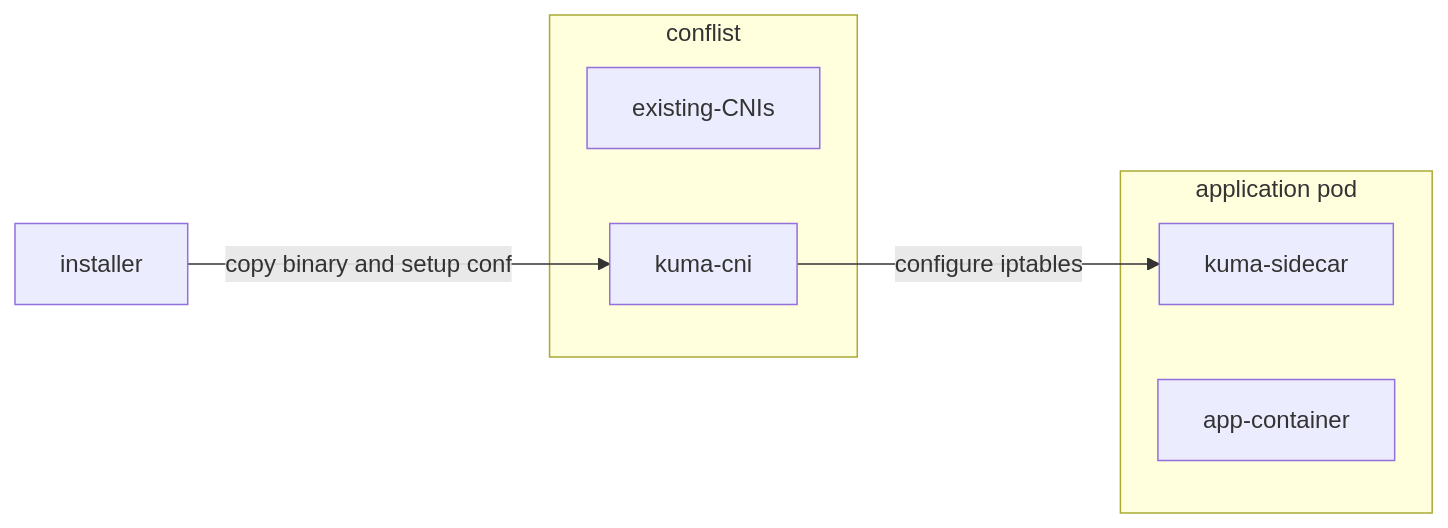
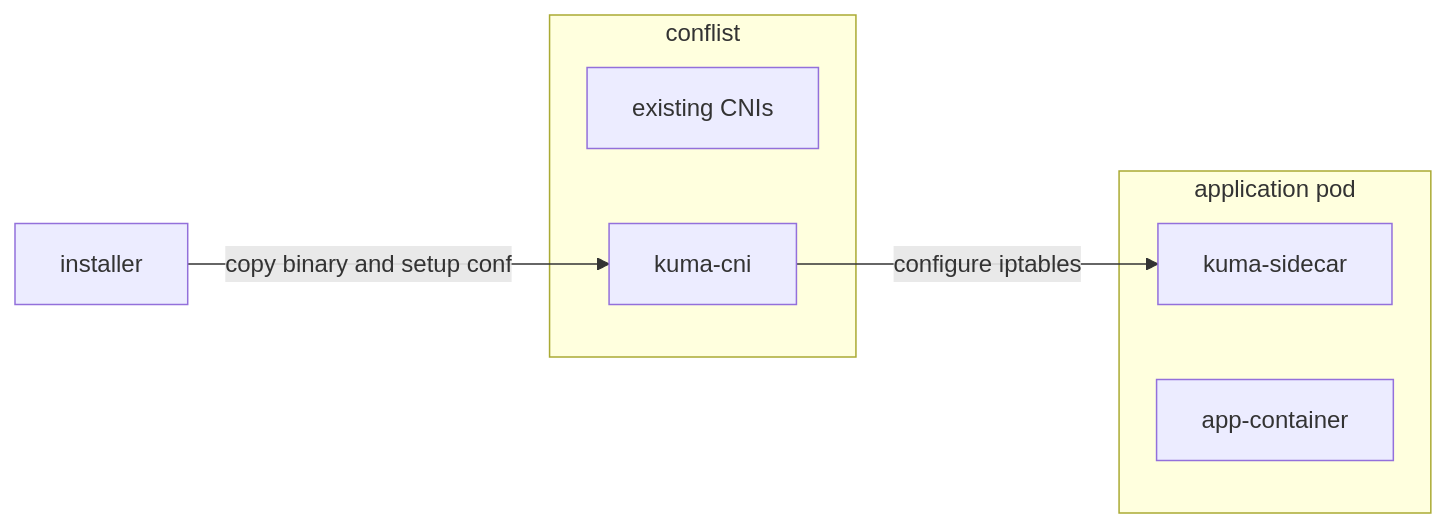
Before and after one commit to Kong/developer.konghq.com: the diagram in app/mesh/cni.md, drawn with Mermaid. The commit also changed other lines of this file, not shown here.

```diff
--- a/app/mesh/cni.md
+++ b/app/mesh/cni.md
@@ -228,13 +54,13 @@
 {% mermaid %}
 flowchart LR
  subgraph s1["conflist"]
-        n2["existing-CNIs"]
+        n2["existing CNIs"]
         n3["kuma-cni"]
   end
  subgraph s2["application pod"]
         n4["kuma-sidecar"]
         n5["app-container"]
   end
     A["installer"] -- copy binary and setup conf --> n3
     n3 -- configure iptables --> n4
 {% endmermaid %}
```
